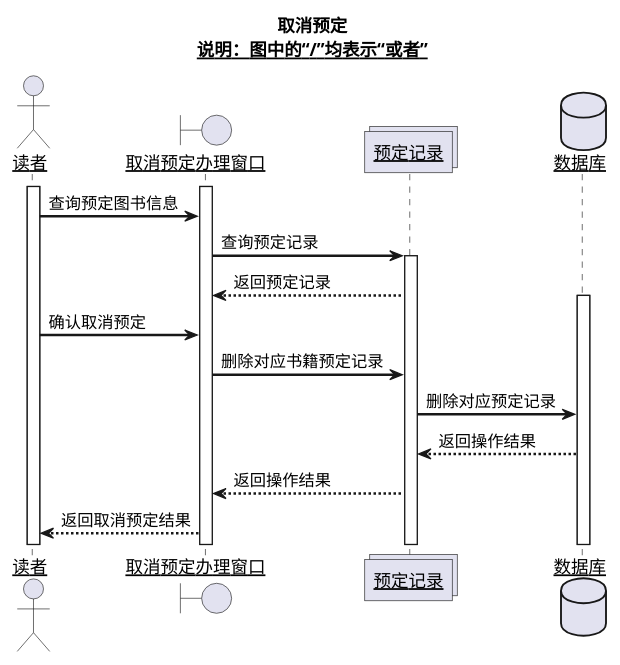
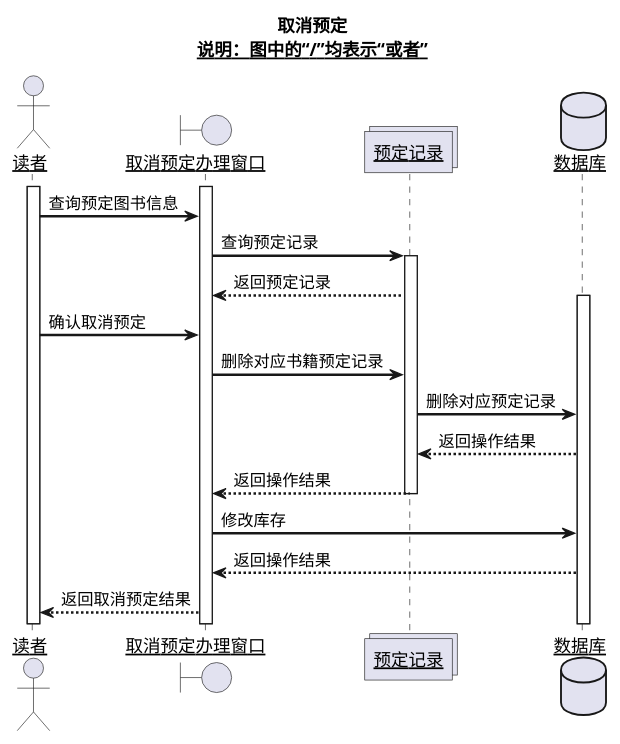
One commit to Landy7/is_analysis changed the diagram in test4/sequence6.md. Above: the diagram before and after it, drawn with PlantUML. The commit also changed 8 other files, not shown here.

```diff
--- a/test4/sequence6.md
+++ b/test4/sequence6.md
@@ -1,27 +1,30 @@
 @startuml
 title
  取消预定
  <u>说明：图中的“/”均表示“或者”</u>
 end title
 skinparam sequenceArrowThickness 2
 skinparam maxmessagesize 60
 skinparam sequenceParticipant underline
 actor "读者" as U
 boundary "取消预定办理窗口   " as A
 collections "预定记录" as B
 database "数据库" as C
 activate U
 activate A
 U ->A:查询预定图书信息
 A ->B:查询预定记录
 activate B
 B -->A:返回预定记录
 activate C
 U ->A:确认取消预定
 A ->B:删除对应书籍预定记录
 B ->C:删除对应预定记录
 C -->B:返回操作结果
 B -->A:返回操作结果
+deactivate B
+A ->C:修改库存
+C -->A:返回操作结果
 A -->U:返回取消预定结果
 
 @enduml
```
